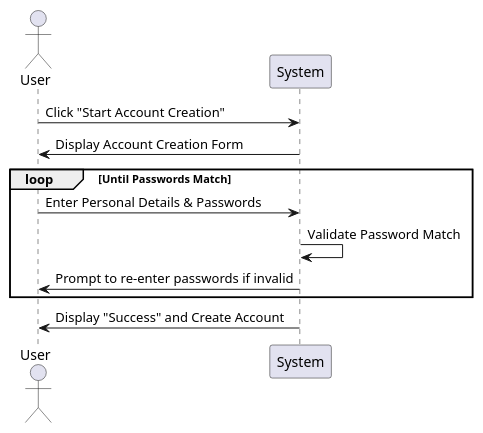
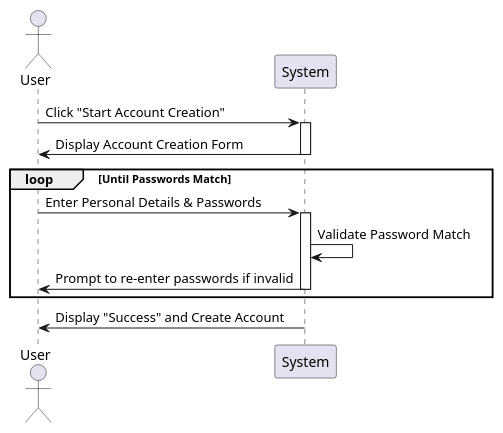
Before and after one commit to HighlyHylian/online-ecommerce-platform: the diagram in diagrams/US-01 Sequence.puml, drawn with PlantUML. The commit also changed 6 other files, not shown here.

Commit message:
Use Case diagrams 1-42

```diff
--- a/diagrams/US-01 Sequence.puml
+++ b/diagrams/US-01 Sequence.puml
@@ -1,17 +1,22 @@
 @startuml US-01 - User Account Creation
 actor User
 participant System
 
 User -> System: Click "Start Account Creation"
+activate System
 System -> User: Display Account Creation Form
+deactivate System
 
 loop Until Passwords Match
     User -> System: Enter Personal Details & Passwords
+    activate System 
     System -> System: Validate Password Match
     System -> User: Prompt to re-enter passwords if invalid
+    
+    deactivate System
 end
 
 
 
 System -> User: Display "Success" and Create Account
 @enduml
```
